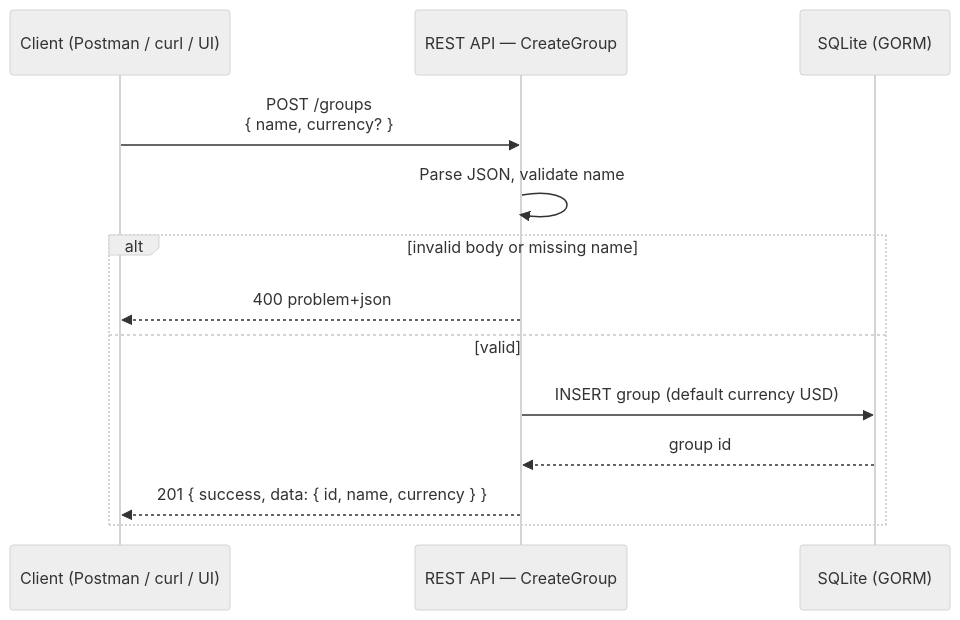
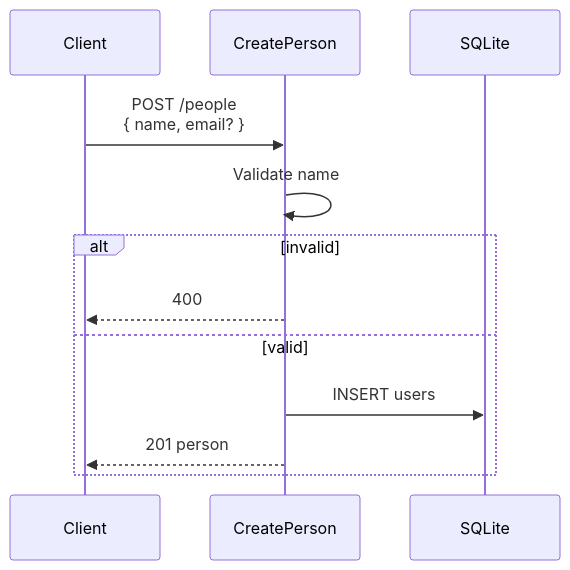
One commit to uona-cmsc501-1-summer2026-nanlin/practicum-project changed the second of 5 diagrams in docs/deliverable2-doc.md. Above: the diagram before and after it, drawn with Mermaid. The commit also changed other lines of this file and 48 other files, not shown here.

````diff
--- a/docs/deliverable2-doc.md
+++ b/docs/deliverable2-doc.md
@@ -108,21 +114,15 @@
 ```mermaid
----
-config:
-  look: handDrawn
-  theme: neutral
----
 sequenceDiagram
-    participant Client as Client (Postman / curl / UI)
-    participant API as REST API — CreateGroup
-    participant DB as SQLite (GORM)
+    participant Client as Client
+    participant API as CreatePerson
+    participant DB as SQLite
 
-    Client->>API: POST /groups<br/>{ name, currency? }
-    API->>API: Parse JSON, validate name
-    alt invalid body or missing name
-        API-->>Client: 400 problem+json
+    Client->>API: POST /people<br/>{ name, email? }
+    API->>API: Validate name
+    alt invalid
+        API-->>Client: 400
     else valid
-        API->>DB: INSERT group (default currency USD)
-        DB-->>API: group id
-        API-->>Client: 201 { success, data: { id, name, currency } }
+        API->>DB: INSERT users
+        API-->>Client: 201 person
     end
 ```
````
